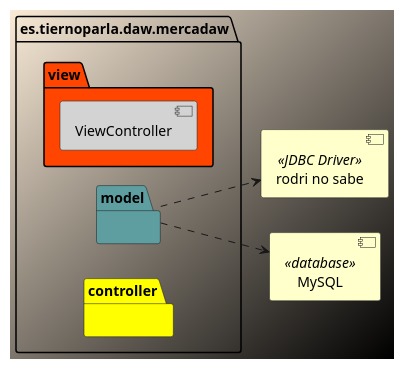
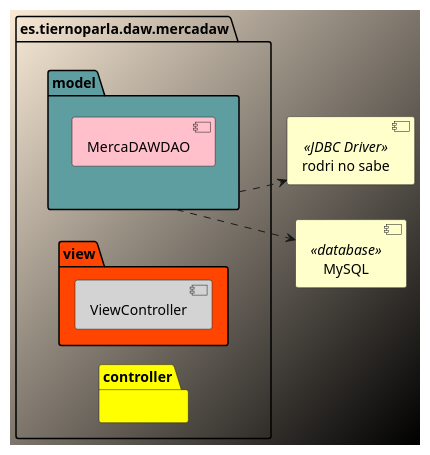
The diagram in design/DiagramaCompenentes.pu (adrils16/MercaDawFinal), drawn with PlantUML before and after one commit.

Commit message:
primera vista2

```diff
--- a/design/DiagramaCompenentes.pu
+++ b/design/DiagramaCompenentes.pu
@@ -1,46 +1,48 @@
 @startuml Diagrama de Clases
 skinparam BackgroundColor antiquewhite/black
 allow_mixing
 set namespaceSeparator none
 left to right direction
 
 package es.tiernoparla.daw.mercadaw{
 
   
    
 
     package model #CadetBlue{
 
-       
+       component MercaDAWDAO as md #Pink{
+
+       }
 
     }
 
     package view #OrangeRed{
         
         component ViewController #LightGray
        
     }
 
     package controller #Yellow{
         
        
     }
 
 
 }
 
 
 component "rodri no sabe" <<JDBC Driver>> as rns #BUSINESS{
     
     }
 
 component "MySQL" <<database>> #BUSINESS{
     
     }
 
 model ..> MySQL
 
 model ..> rns
 
 
 @enduml
```
